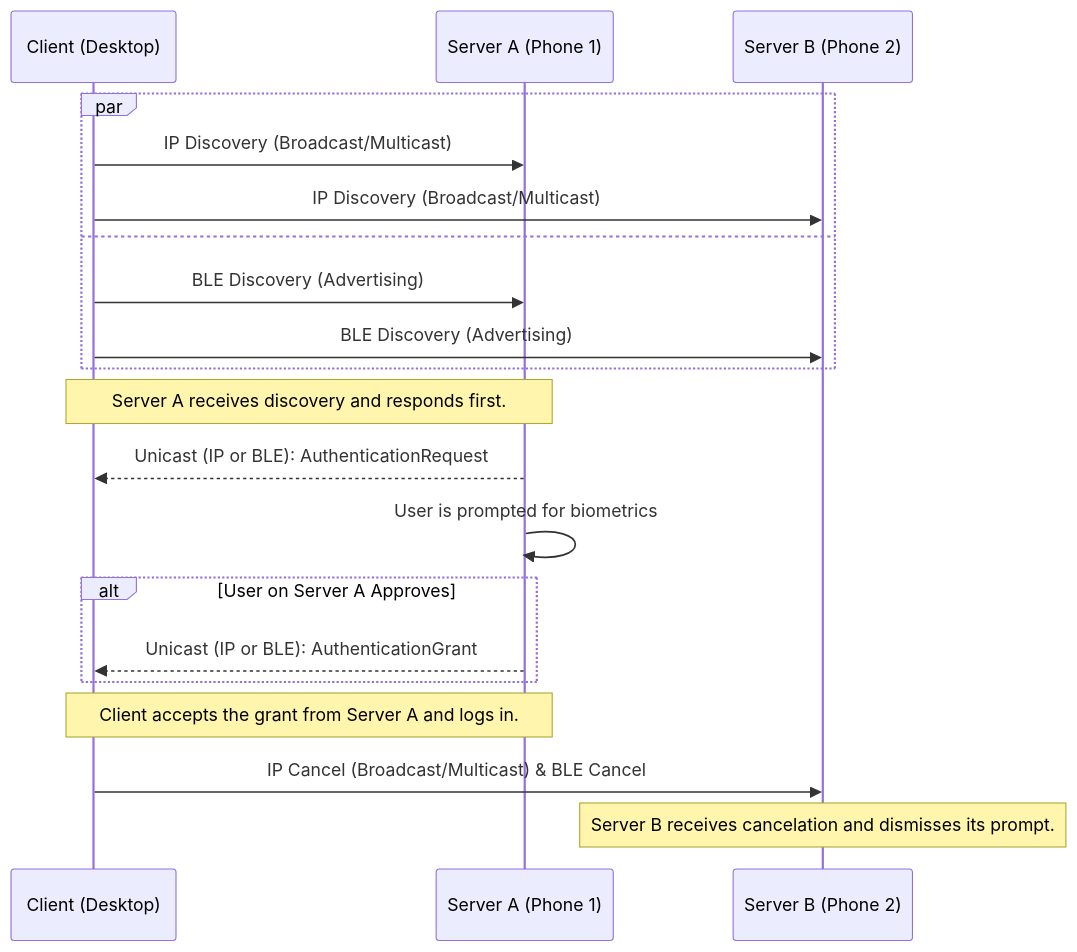
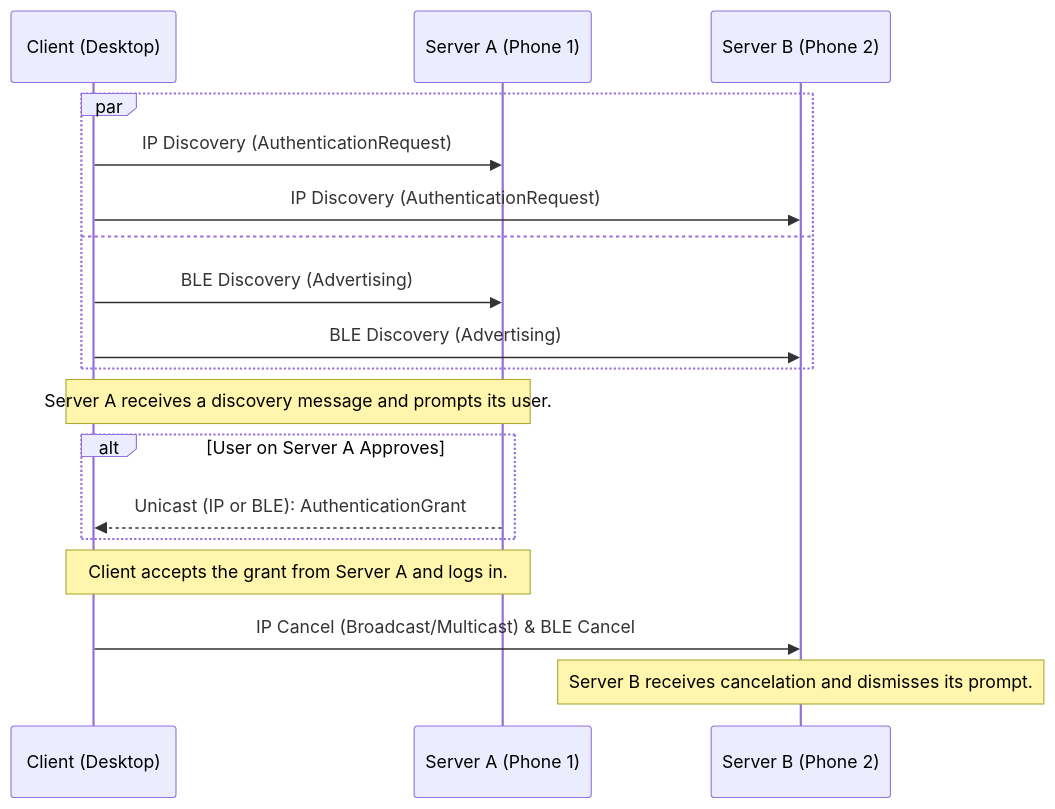
One commit to Lolle2000la/tapauth changed the diagram in docs/design-documents/protocoll/authentication-flow.md. Above: the diagram before and after it, drawn with Mermaid.

Commit message:
Fix wrong sequence diagram

````diff
--- a/docs/design-documents/protocoll/authentication-flow.md
+++ b/docs/design-documents/protocoll/authentication-flow.md
@@ -12,26 +12,24 @@
 ```mermaid
 sequenceDiagram
     participant Client (Desktop)
     participant Server A (Phone 1)
     participant Server B (Phone 2)
 
     par
-        Client (Desktop)->>Server A (Phone 1): IP Discovery (Broadcast/Multicast)
-        Client (Desktop)->>Server B (Phone 2): IP Discovery (Broadcast/Multicast)
+        Client (Desktop)->>Server A (Phone 1): IP Discovery (AuthenticationRequest)
+        Client (Desktop)->>Server B (Phone 2): IP Discovery (AuthenticationRequest)
     and
         Client (Desktop)->>Server A (Phone 1): BLE Discovery (Advertising)
         Client (Desktop)->>Server B (Phone 2): BLE Discovery (Advertising)
     end
 
-    Note over Client (Desktop), Server A (Phone 1): Server A receives discovery and responds first.
-    Server A (Phone 1)-->>Client (Desktop): Unicast (IP or BLE): AuthenticationRequest
+    Note over Client (Desktop), Server A (Phone 1): Server A receives a discovery message and prompts its user.
     
-    Server A (Phone 1)->>Server A (Phone 1): User is prompted for biometrics
     alt User on Server A Approves
         Server A (Phone 1)-->>Client (Desktop): Unicast (IP or BLE): AuthenticationGrant
     end
     
     Note over Client (Desktop), Server A (Phone 1): Client accepts the grant from Server A and logs in.
     Client (Desktop)->>Server B (Phone 2): IP Cancel (Broadcast/Multicast) & BLE Cancel
     Note over Server B (Phone 2): Server B receives cancelation and dismisses its prompt.
 ```
````
